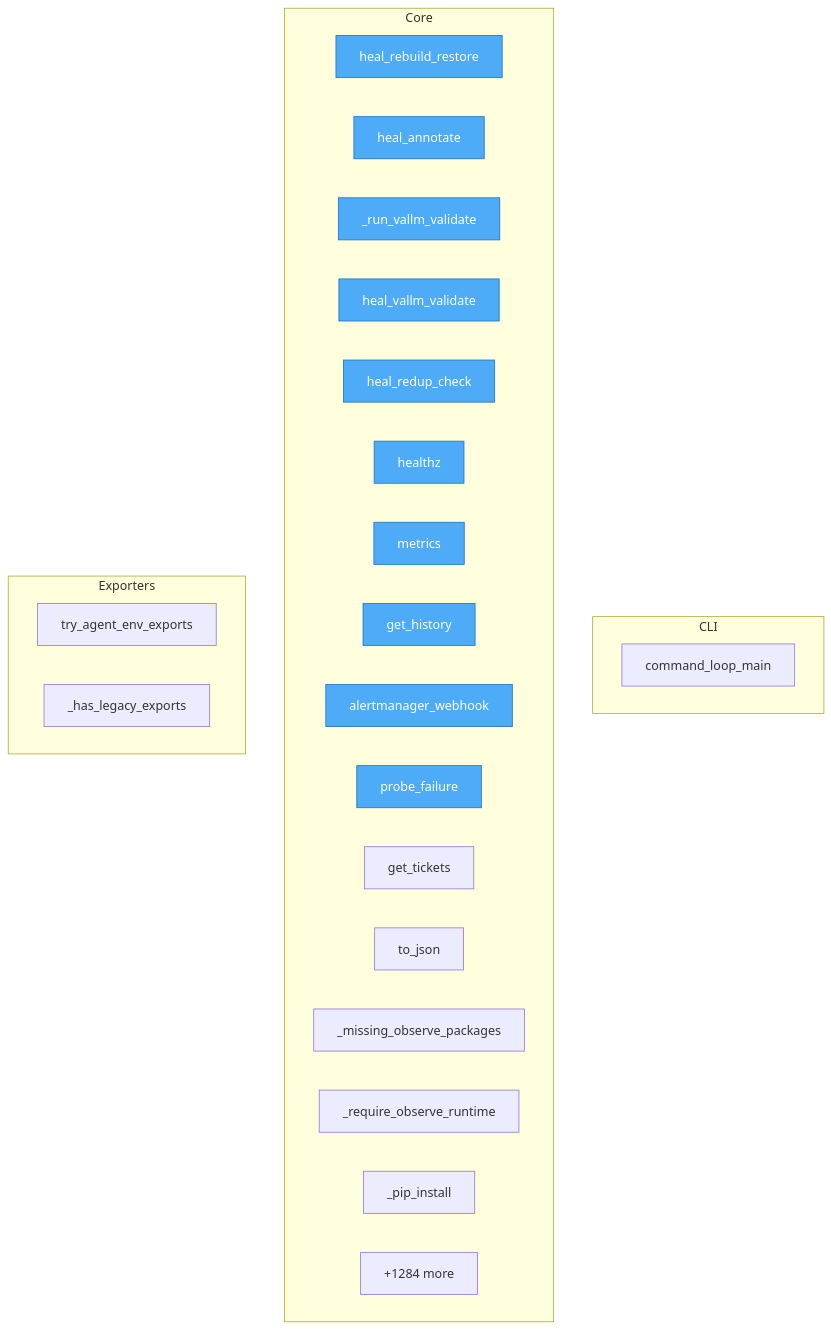
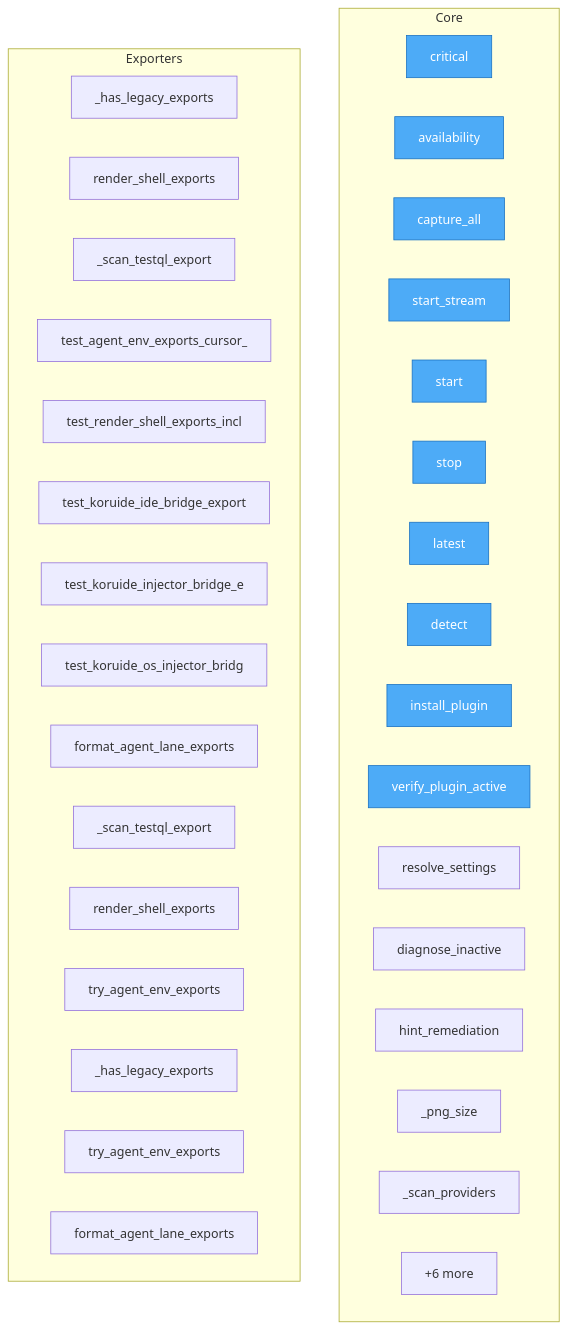
The diagram in project/flow.mmd (semcod/koru), drawn with Mermaid before and after one commit. The commit also changed 48 other files, not shown here.

```diff
--- a/project/flow.mmd
+++ b/project/flow.mmd
@@ -1,35 +1,44 @@
 flowchart TD
-%% generated in 0.15s
 
     %% Entry points (blue)
     classDef entry fill:#4dabf7,stroke:#1971c2,color:#fff
 
-    subgraph CLI
-        koru__cli_loop__command_loop_main["command_loop_main"]
-    end
-
     subgraph Core
-        services__healing_webhook__app__heal_rebuild_restore["heal_rebuild_restore"]
-        services__healing_webhook__app__heal_annotate["heal_annotate"]
-        services__healing_webhook__app___run_vallm_validate["_run_vallm_validate"]
-        services__healing_webhook__app__heal_vallm_validate["heal_vallm_validate"]
-        services__healing_webhook__app__heal_redup_check["heal_redup_check"]
-        services__healing_webhook__app__healthz["healthz"]
-        services__healing_webhook__app__metrics["metrics"]
-        services__healing_webhook__app__get_history["get_history"]
-        services__healing_webhook__app__alertmanager_webhook["alertmanager_webhook"]
-        services__healing_webhook__app__probe_failure["probe_failure"]
-        services__healing_webhook__app__get_tickets["get_tickets"]
-        src__koruobserve__lifecycle__ObserveProcesses__to_json["to_json"]
-        src__koruobserve__cli___missing_observe_packages["_missing_observe_packages"]
-        src__koruobserve__cli___require_observe_runtime["_require_observe_runtime"]
-        src__koruobserve__cli___pip_install["_pip_install"]
-        ...["+1284 more"]
+        README__critical["critical"]
+        docs__plans__capture_providers_refactor__availability["availability"]
+        docs__plans__capture_providers_refactor__capture_all["capture_all"]
+        docs__plans__capture_providers_refactor__start_stream["start_stream"]
+        docs__plans__observation_mesh_plan__start["start"]
+        docs__plans__observation_mesh_plan__stop["stop"]
+        docs__plans__observation_mesh_plan__latest["latest"]
+        docs__refactor__ide_bridge_2026__detect["detect"]
+        docs__refactor__ide_bridge_2026__install_plugin["install_plugin"]
+        docs__refactor__ide_bridge_2026__verify_plugin_active["verify_plugin_active"]
+        docs__refactor__ide_bridge_2026__resolve_settings["resolve_settings"]
+        docs__refactor__ide_bridge_2026__diagnose_inactive["diagnose_inactive"]
+        docs__refactor__ide_bridge_2026__hint_remediation["hint_remediation"]
+        SUMD___png_size["_png_size"]
+        SUMD___scan_providers["_scan_providers"]
+        ...["+8400 more"]
     end
 
     subgraph Exporters
+        SUMD___has_legacy_exports["_has_legacy_exports"]
+        SUMD__render_shell_exports["render_shell_exports"]
+        SUMD___scan_testql_export["_scan_testql_export"]
+        SUMD__test_agent_env_exports_cursor_lane["test_agent_env_exports_cursor_"]
+        SUMD__test_render_shell_exports_includes_koru_environment["test_render_shell_exports_incl"]
+        SUMD__test_koruide_ide_bridge_exports_legacy_symbols["test_koruide_ide_bridge_export"]
+        SUMD__test_koruide_injector_bridge_exports_legacy_symbols["test_koruide_injector_bridge_e"]
+        SUMD__test_koruide_os_injector_bridge_exports_legacy_symbols["test_koruide_os_injector_bridg"]
+        code2llm_output__map__toon__format_agent_lane_exports["format_agent_lane_exports"]
+        code2llm_output__map__toon___scan_testql_export["_scan_testql_export"]
+        code2llm_output__map__toon__render_shell_exports["render_shell_exports"]
+        code2llm_output__map__toon__try_agent_env_exports["try_agent_env_exports"]
+        code2llm_output__map__toon___has_legacy_exports["_has_legacy_exports"]
         src__koru__agent_cli_helpers__try_agent_env_exports["try_agent_env_exports"]
-        src__koru__cli___has_legacy_exports["_has_legacy_exports"]
+        src__koru__agents__format_agent_lane_exports["format_agent_lane_exports"]
+        ...["+6 more"]
     end
 
-    class services__healing_webhook__app__heal_rebuild_restore,services__healing_webhook__app__heal_annotate,services__healing_webhook__app___run_vallm_validate,services__healing_webhook__app__heal_vallm_validate,services__healing_webhook__app__heal_redup_check,services__healing_webhook__app__healthz,services__healing_webhook__app__metrics,services__healing_webhook__app__get_history,services__healing_webhook__app__alertmanager_webhook,services__healing_webhook__app__probe_failure entry
+    class README__critical,docs__plans__capture_providers_refactor__availability,docs__plans__capture_providers_refactor__capture_all,docs__plans__capture_providers_refactor__start_stream,docs__plans__observation_mesh_plan__start,docs__plans__observation_mesh_plan__stop,docs__plans__observation_mesh_plan__latest,docs__refactor__ide_bridge_2026__detect,docs__refactor__ide_bridge_2026__install_plugin,docs__refactor__ide_bridge_2026__verify_plugin_active entry
```
